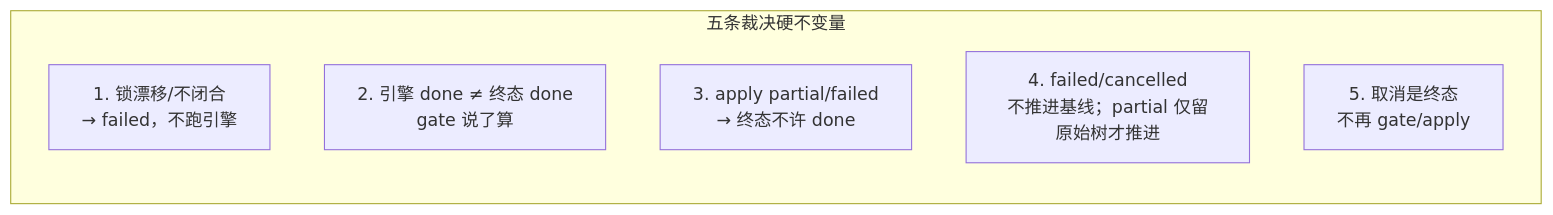
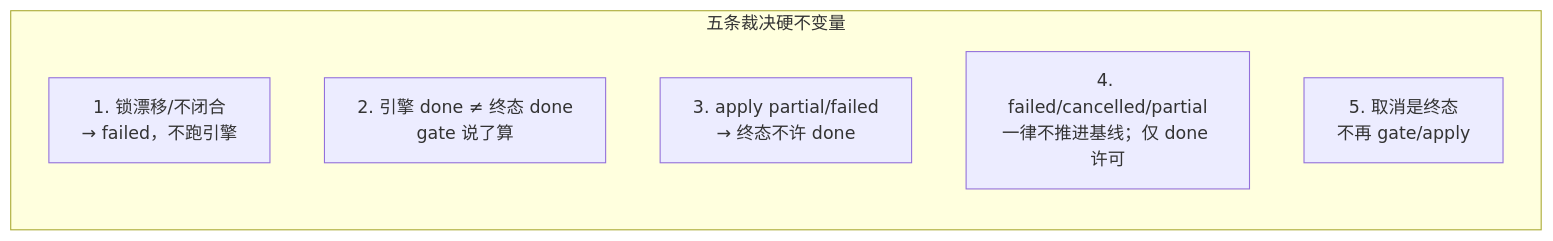
Before and after one commit to ikliml666/dsh-codewiki: the fifth of 5 diagrams in .codewiki/modules/engine-core-compilation.md, drawn with Mermaid. The commit also changed other lines of this file and 28 other files, not shown here.

````diff
--- a/.codewiki/modules/engine-core-compilation.md
+++ b/.codewiki/modules/engine-core-compilation.md
@@ -271,10 +273,10 @@
 ```mermaid
 flowchart LR
     subgraph INV["五条裁决硬不变量"]
         I1["1. 锁漂移/不闭合<br/>→ failed，不跑引擎"]
         I2["2. 引擎 done ≠ 终态 done<br/>gate 说了算"]
         I3["3. apply partial/failed<br/>→ 终态不许 done"]
-        I4["4. failed/cancelled<br/>不推进基线；partial 仅留原始树才推进"]
+        I4["4. failed/cancelled/partial<br/>一律不推进基线；仅 done 许可"]
         I5["5. 取消是终态<br/>不再 gate/apply"]
     end
 ```
````
